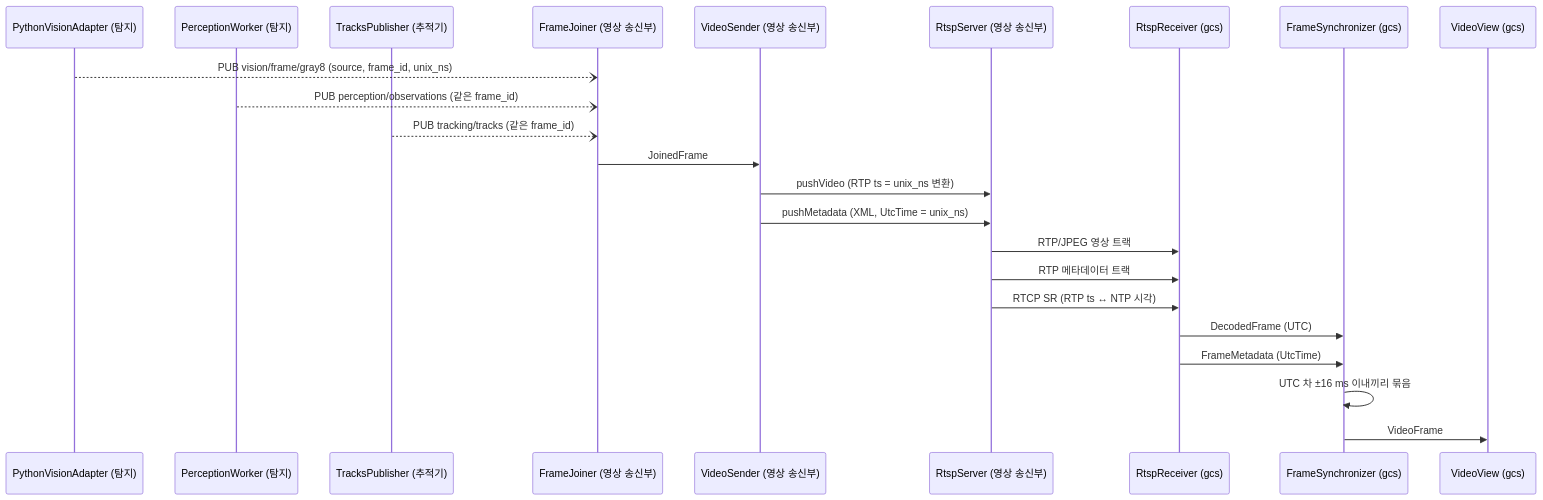
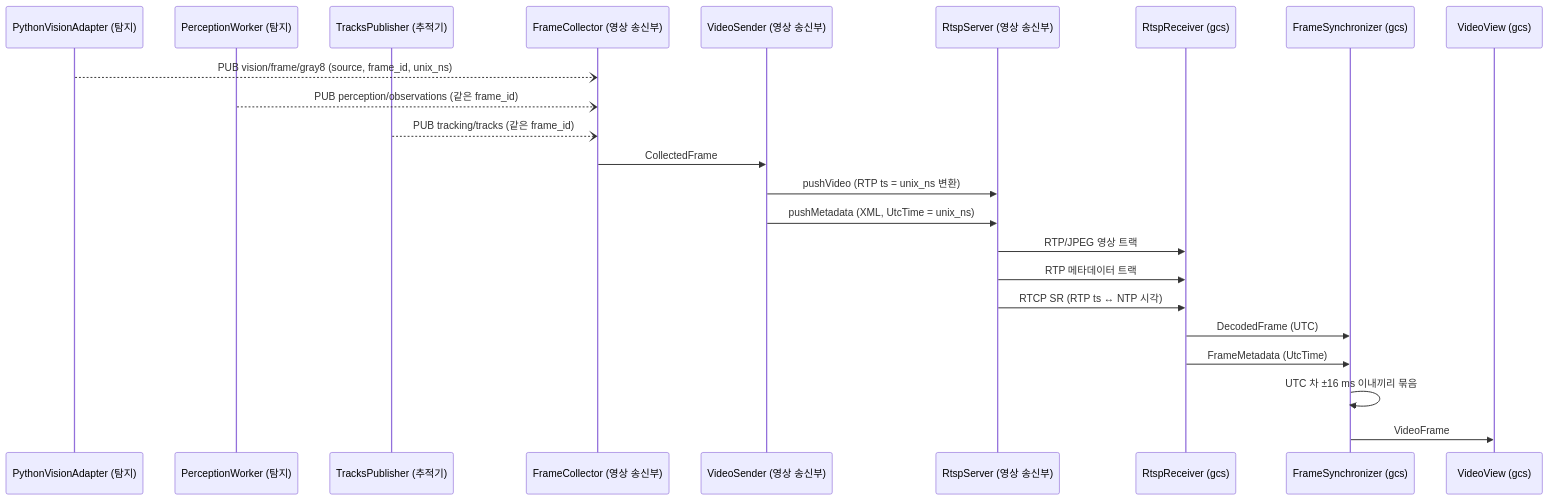
The third of 4 diagrams in docs/design/uml/sequence.md (lig-argus/argus-edge-vision), drawn with Mermaid before and after one commit. The commit also changed other lines of this file and 3 other files, not shown here.

````diff
--- a/docs/design/uml/sequence.md
+++ b/docs/design/uml/sequence.md
@@ -89,26 +89,26 @@
 ```mermaid
 sequenceDiagram
     participant fp as PythonVisionAdapter (탐지)
     participant op as PerceptionWorker (탐지)
     participant tp as TracksPublisher (추적기)
-    participant mj as FrameJoiner (영상 송신부)
+    participant mj as FrameCollector (영상 송신부)
     participant vs as VideoSender (영상 송신부)
     participant rs as RtspServer (영상 송신부)
     participant rr as RtspReceiver (gcs)
     participant fs as FrameSynchronizer (gcs)
     participant view as VideoView (gcs)
 
     fp--)mj: PUB vision/frame/gray8 (source, frame_id, unix_ns)
     op--)mj: PUB perception/observations (같은 frame_id)
     tp--)mj: PUB tracking/tracks (같은 frame_id)
-    mj->>vs: JoinedFrame
+    mj->>vs: CollectedFrame
     vs->>rs: pushVideo (RTP ts = unix_ns 변환)
     vs->>rs: pushMetadata (XML, UtcTime = unix_ns)
     rs->>rr: RTP/JPEG 영상 트랙
     rs->>rr: RTP 메타데이터 트랙
     rs->>rr: RTCP SR (RTP ts ↔ NTP 시각)
     rr->>fs: DecodedFrame (UTC)
     rr->>fs: FrameMetadata (UtcTime)
     fs->>fs: UTC 차 ±16 ms 이내끼리 묶음
     fs->>view: VideoFrame
 ```
````
